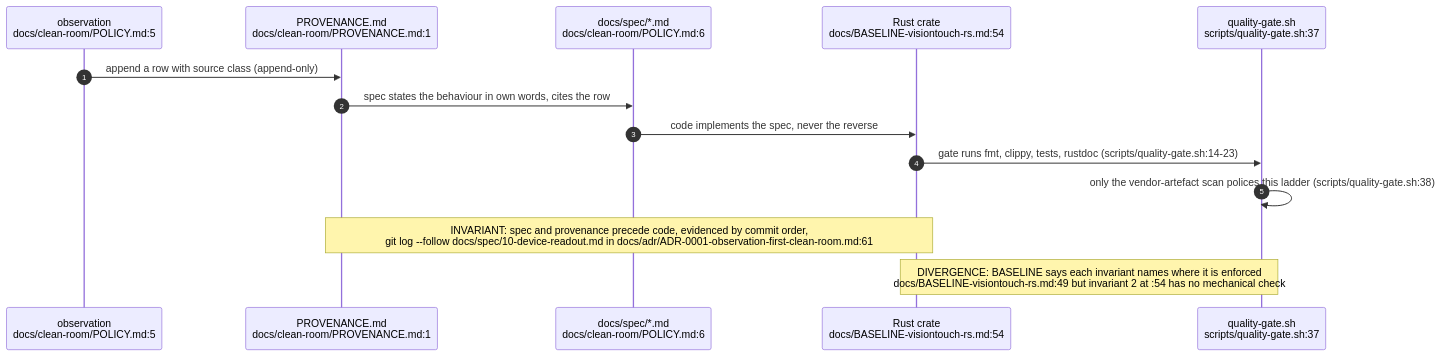
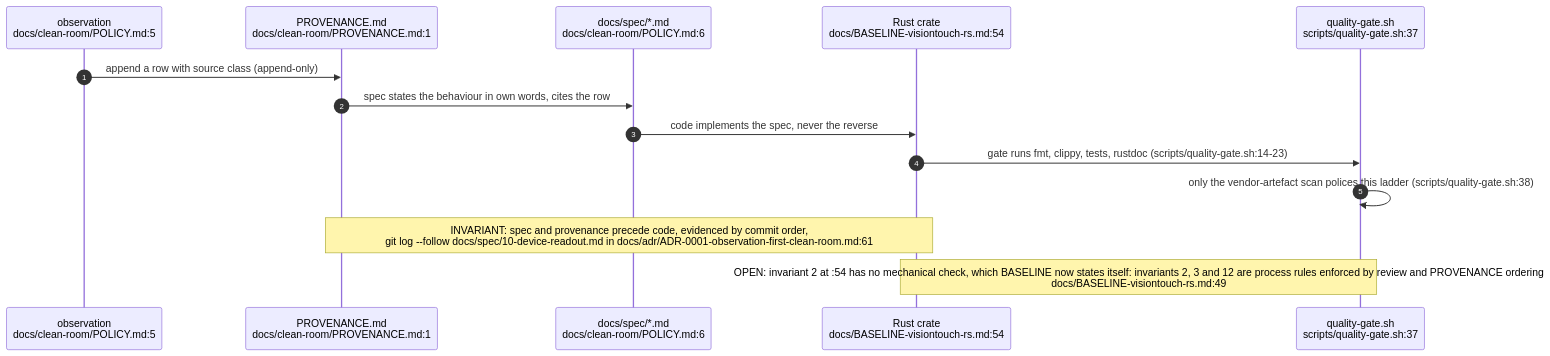
The second of 4 diagrams in docs/diagrams/visiontouch-rs/01-clean-room-method-and-provenance.md (DreamLab-AI/VisionFlow), drawn with Mermaid before and after one commit. The commit also changed other lines of this file and 9 other files, not shown here.

Commit message:
docs(diagrams): re-stamp VT-01 to VT-08 at visiontouch-rs 77898bc

````diff
--- a/docs/diagrams/visiontouch-rs/01-clean-room-method-and-provenance.md
+++ b/docs/diagrams/visiontouch-rs/01-clean-room-method-and-provenance.md
@@ -66,16 +66,16 @@
 ```mermaid
 sequenceDiagram
     autonumber
     participant OB as observation<br/>docs/clean-room/POLICY.md:5
     participant PV as PROVENANCE.md<br/>docs/clean-room/PROVENANCE.md:1
     participant SP as docs/spec/*.md<br/>docs/clean-room/POLICY.md:6
     participant RS as Rust crate<br/>docs/BASELINE-visiontouch-rs.md:54
     participant QG as quality-gate.sh<br/>scripts/quality-gate.sh:37
     OB->>PV: append a row with source class (append-only)
     PV->>SP: spec states the behaviour in own words, cites the row
     SP->>RS: code implements the spec, never the reverse
     RS->>QG: gate runs fmt, clippy, tests, rustdoc (scripts/quality-gate.sh:14-23)
     QG->>QG: only the vendor-artefact scan polices this ladder (scripts/quality-gate.sh:38)
     Note over PV,RS: INVARIANT: spec and provenance precede code, evidenced by commit order,<br/>git log --follow docs/spec/10-device-readout.md in docs/adr/ADR-0001-observation-first-clean-room.md:61
-    Note over RS,QG: DIVERGENCE: BASELINE says each invariant names where it is enforced<br/>docs/BASELINE-visiontouch-rs.md:49 but invariant 2 at :54 has no mechanical check
+    Note over RS,QG: OPEN: invariant 2 at :54 has no mechanical check, which BASELINE now states itself: invariants 2, 3 and 12 are process rules enforced by review and PROVENANCE ordering<br/>docs/BASELINE-visiontouch-rs.md:49
 ```
````
